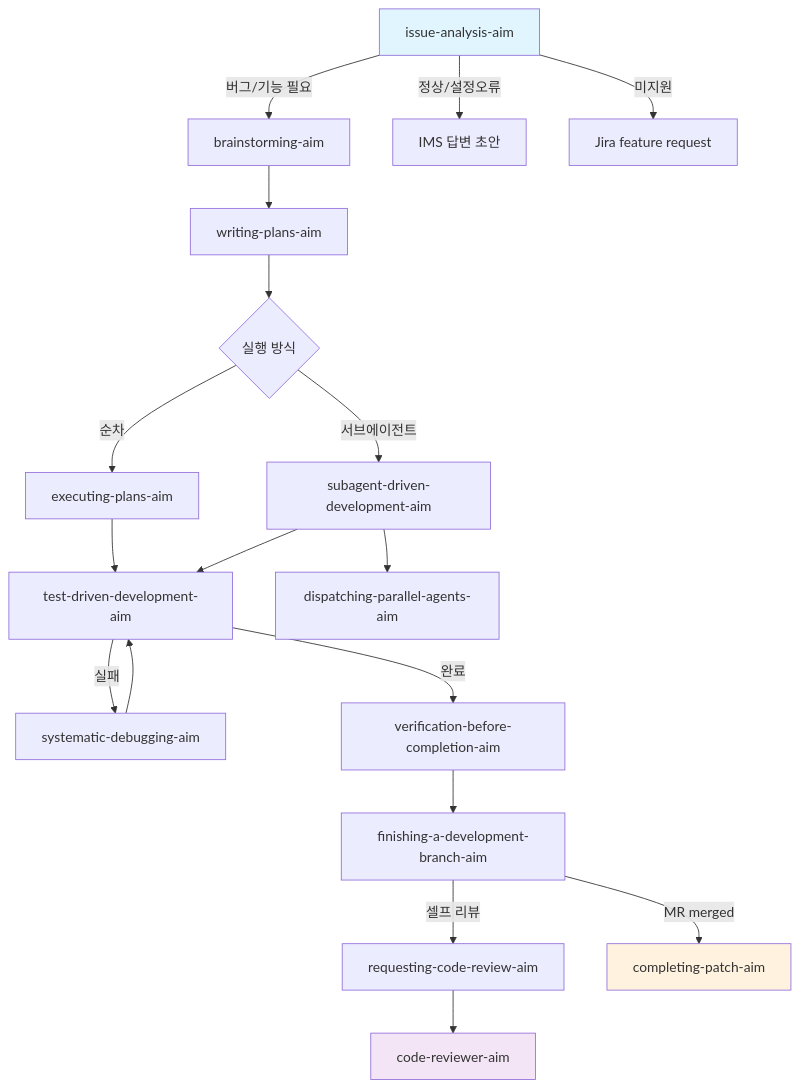
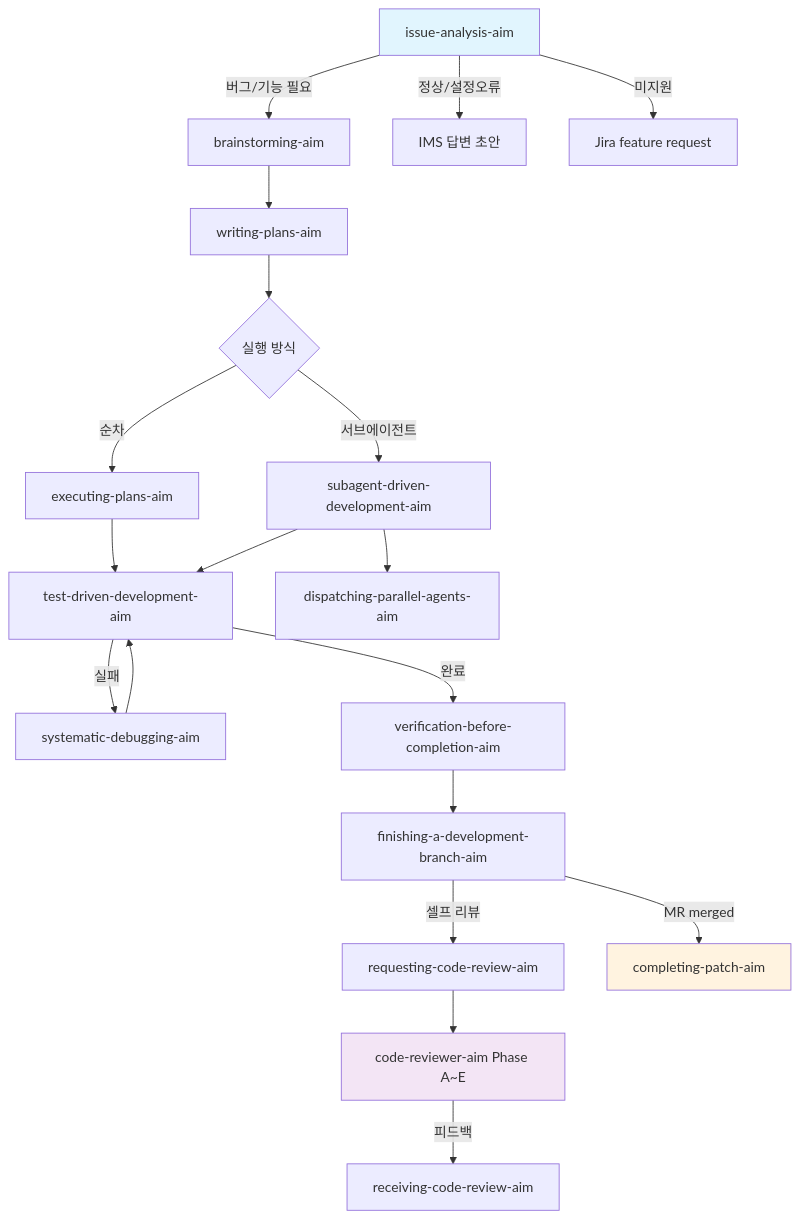
One commit to kmj5228/aim-harness changed the diagram in README.md. Above: the diagram before and after it, drawn with Mermaid. The commit also changed other lines of this file, not shown here.

````diff
--- a/README.md
+++ b/README.md
@@ -77,25 +77,26 @@
 ```mermaid
 flowchart TD
     A[issue-analysis-aim] -->|"버그/기능 필요"| B[brainstorming-aim]
     B --> C[writing-plans-aim]
     C --> D{실행 방식}
     D -->|순차| E[executing-plans-aim]
     D -->|서브에이전트| F[subagent-driven-development-aim]
     E --> G[test-driven-development-aim]
     F --> G
     F --> H[dispatching-parallel-agents-aim]
     G -->|실패| I[systematic-debugging-aim]
     I --> G
     G -->|완료| J[verification-before-completion-aim]
     J --> K[finishing-a-development-branch-aim]
     K -->|셀프 리뷰| L[requesting-code-review-aim]
-    L --> M[code-reviewer-aim]
+    L --> M[code-reviewer-aim Phase A~E]
+    M -->|피드백| R[receiving-code-review-aim]
     K -->|MR merged| N[completing-patch-aim]
 
     A -->|"정상/설정오류"| O[IMS 답변 초안]
     A -->|"미지원"| P[Jira feature request]
 
     style A fill:#e1f5fe
     style N fill:#fff3e0
     style M fill:#f3e5f5
 ```
````
